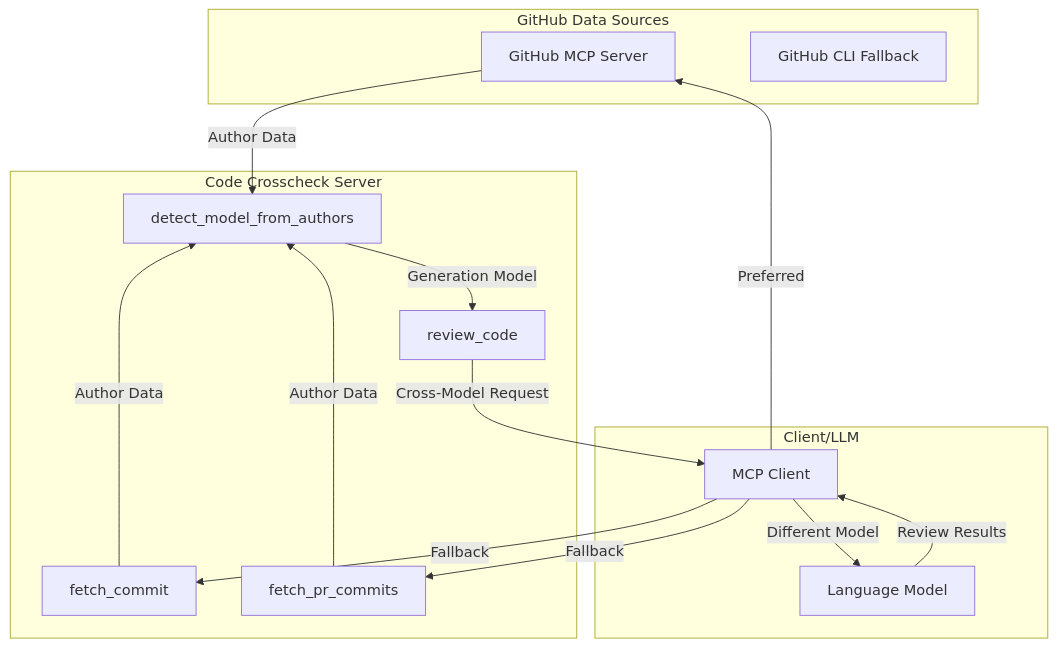
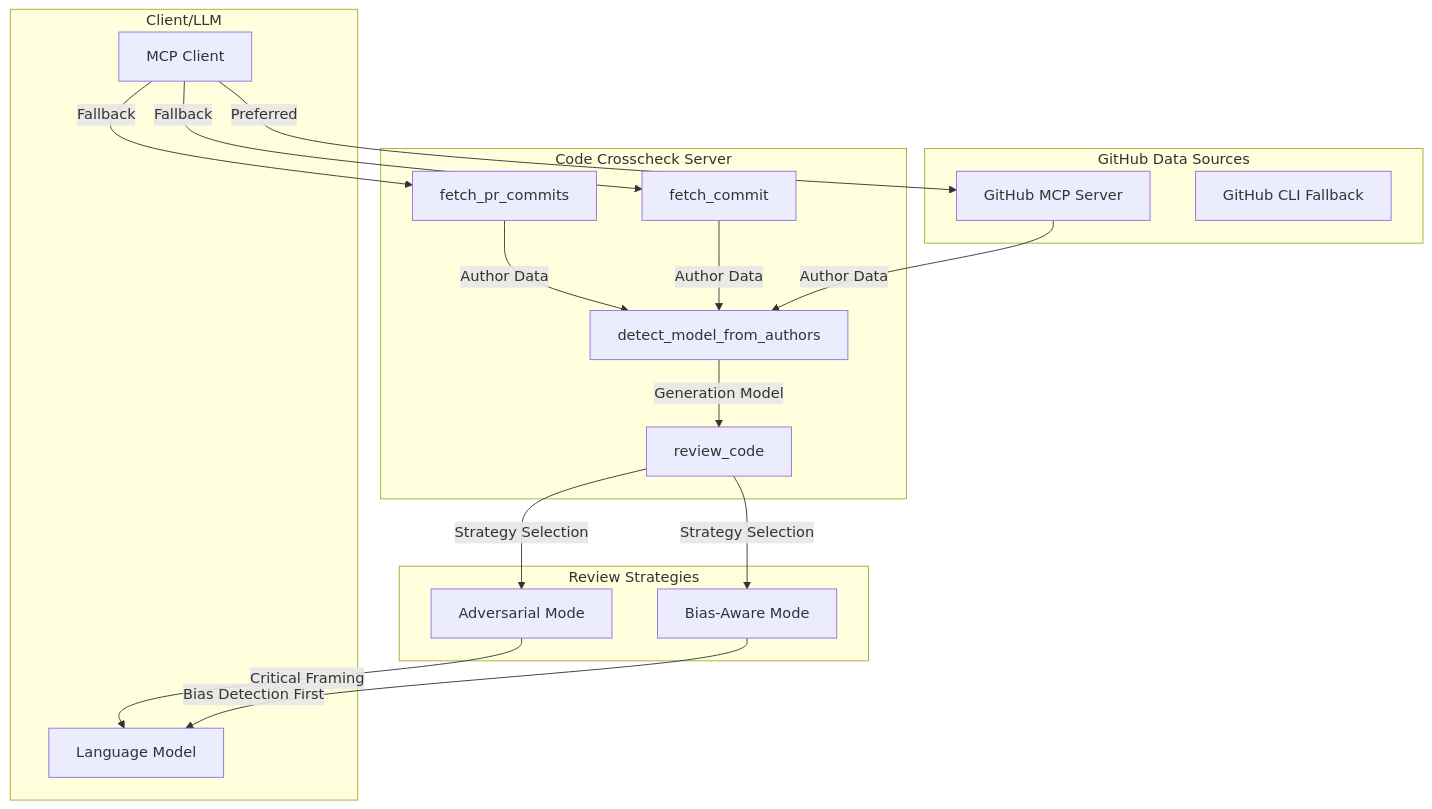
One commit to olaservo/mcp-code-crosscheck changed the diagram in README.md. Above: the diagram before and after it, drawn with Mermaid. The commit also changed other lines of this file, not shown here.

````diff
--- a/README.md
+++ b/README.md
@@ -302,32 +304,39 @@
 ```mermaid
 graph TB
     subgraph "GitHub Data Sources"
         GH_MCP[GitHub MCP Server]
         GH_CLI[GitHub CLI Fallback]
     end
     
     subgraph "Code Crosscheck Server"
         DETECT[detect_model_from_authors]
         REVIEW[review_code]
         FETCH_COMMIT[fetch_commit]
         FETCH_PR[fetch_pr_commits]
+    end
+    
+    subgraph "Review Strategies"
+        BIAS_AWARE[Bias-Aware Mode]
+        ADVERSARIAL[Adversarial Mode]
     end
     
     subgraph "Client/LLM"
         CLIENT[MCP Client]
         LLM[Language Model]
     end
     
     CLIENT -->|Preferred| GH_MCP
     CLIENT -->|Fallback| FETCH_COMMIT
     CLIENT -->|Fallback| FETCH_PR
     
     GH_MCP -->|Author Data| DETECT
     FETCH_COMMIT -->|Author Data| DETECT
     FETCH_PR -->|Author Data| DETECT
     
     DETECT -->|Generation Model| REVIEW
-    REVIEW -->|Cross-Model Request| CLIENT
-    CLIENT -->|Different Model| LLM
-    LLM -->|Review Results| CLIENT
+    REVIEW -->|Strategy Selection| BIAS_AWARE
+    REVIEW -->|Strategy Selection| ADVERSARIAL
+    
+    BIAS_AWARE -->|Bias Detection First| LLM
+    ADVERSARIAL -->|Critical Framing| LLM
 ```
````
